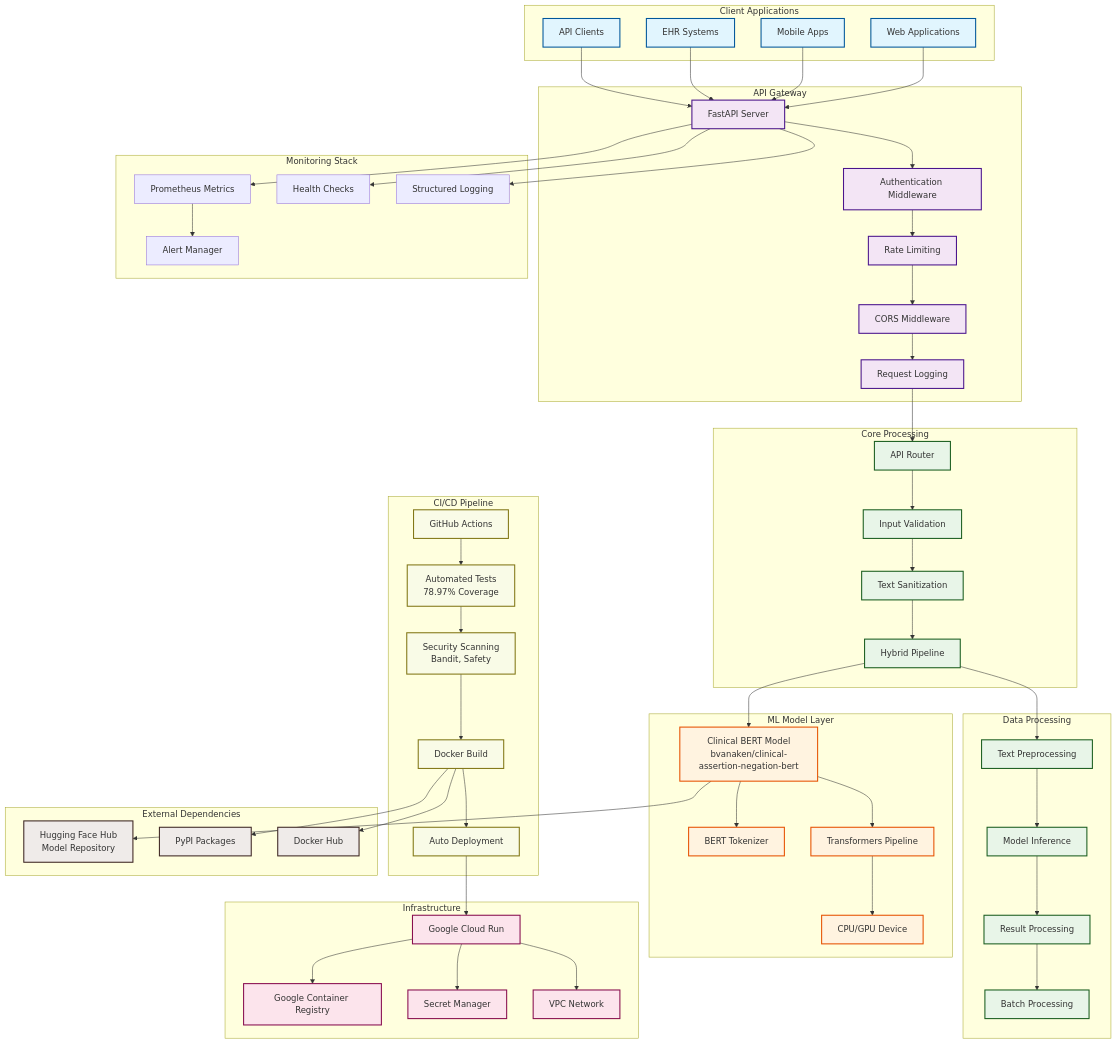
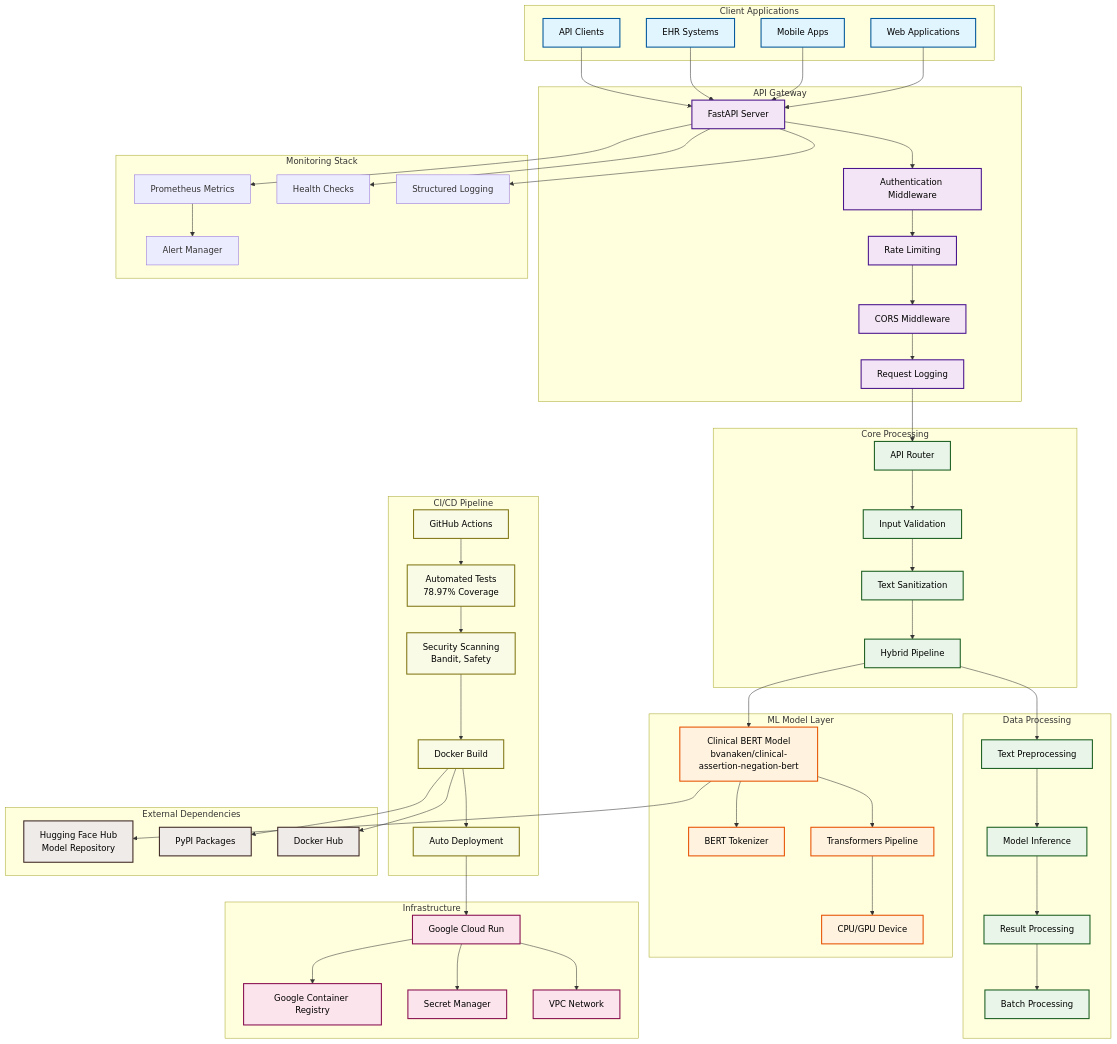
One commit to Basavarajsm2102/Clinical_BERT_Assertion_API changed the first of 2 diagrams in README.md. Above: the diagram before and after it, drawn with Mermaid.

Commit message:
Fix Mermaid diagram text colors for better readability
- Added color:#000000 to all classDef styles
- Ensures text is visible against colored backgrounds
- Improves diagram readability in GitHub and other viewers

```diff
--- a/README.md
+++ b/README.md
@@ -160,13 +160,13 @@
     BUILD --> DOCKER_HUB
 
     %% Styling
-    classDef clientClass fill:#e1f5fe,stroke:#01579b,stroke-width:2px
-    classDef apiClass fill:#f3e5f5,stroke:#4a148c,stroke-width:2px
-    classDef processingClass fill:#e8f5e8,stroke:#1b5e20,stroke-width:2px
-    classDef mlClass fill:#fff3e0,stroke:#e65100,stroke-width:2px
-    classDef infraClass fill:#fce4ec,stroke:#880e4f,stroke-width:2px
-    classDef cicdClass fill:#f9fbe7,stroke:#827717,stroke-width:2px
-    classDef externalClass fill:#efebe9,stroke:#3e2723,stroke-width:2px
+    classDef clientClass fill:#e1f5fe,stroke:#01579b,stroke-width:2px,color:#000000
+    classDef apiClass fill:#f3e5f5,stroke:#4a148c,stroke-width:2px,color:#000000
+    classDef processingClass fill:#e8f5e8,stroke:#1b5e20,stroke-width:2px,color:#000000
+    classDef mlClass fill:#fff3e0,stroke:#e65100,stroke-width:2px,color:#000000
+    classDef infraClass fill:#fce4ec,stroke:#880e4f,stroke-width:2px,color:#000000
+    classDef cicdClass fill:#f9fbe7,stroke:#827717,stroke-width:2px,color:#000000
+    classDef externalClass fill:#efebe9,stroke:#3e2723,stroke-width:2px,color:#000000
 
     class WEB,MOBILE,EHR,API_CLI clientClass
     class FASTAPI,AUTH,RATE,CORS,LOG apiClass
```
